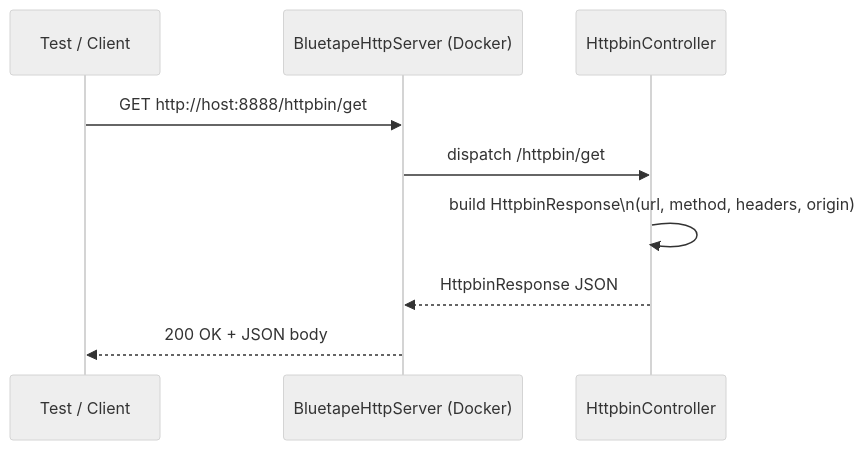
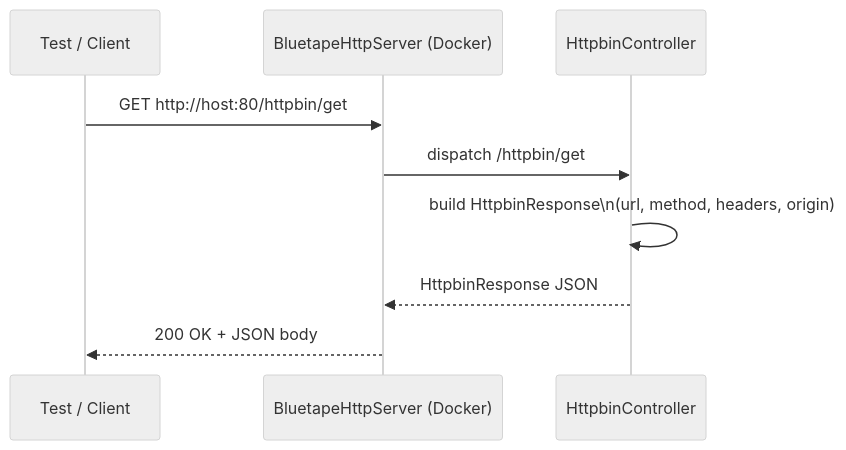
Before and after one commit to bluetape4k/bluetape4k-projects: the third of 3 diagrams in testing/mock-web-server/README.md, drawn with Mermaid (neutral theme). The commit also changed other lines of this file and 6 other files, not shown here.

````diff
--- a/testing/mock-web-server/README.md
+++ b/testing/mock-web-server/README.md
@@ -123,12 +123,12 @@
 ```mermaid
 sequenceDiagram
     participant CLIENT as Test / Client
     participant SERVER as BluetapeHttpServer (Docker)
     participant CTRL as HttpbinController
 
-    CLIENT->>SERVER: GET http://host:8888/httpbin/get
+    CLIENT->>SERVER: GET http://host:80/httpbin/get
     SERVER->>CTRL: dispatch /httpbin/get
     CTRL->>CTRL: build HttpbinResponse\n(url, method, headers, origin)
     CTRL-->>SERVER: HttpbinResponse JSON
     SERVER-->>CLIENT: 200 OK + JSON body
 ```
````
